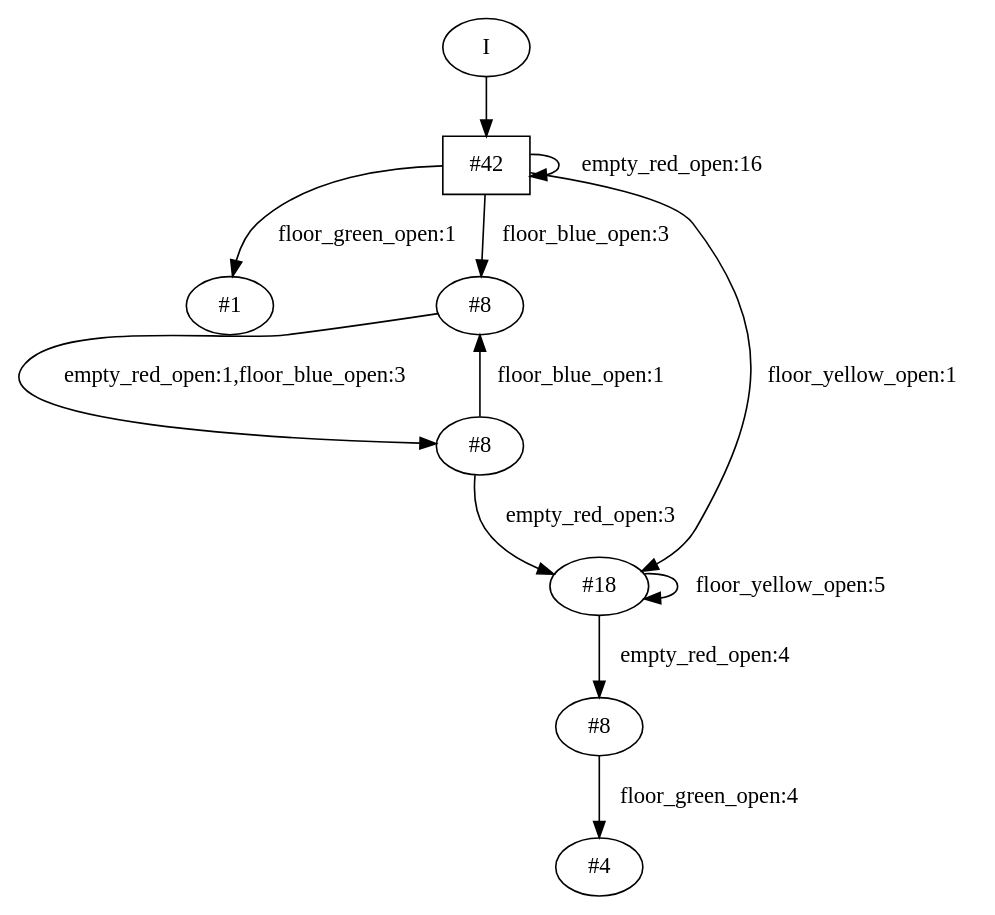
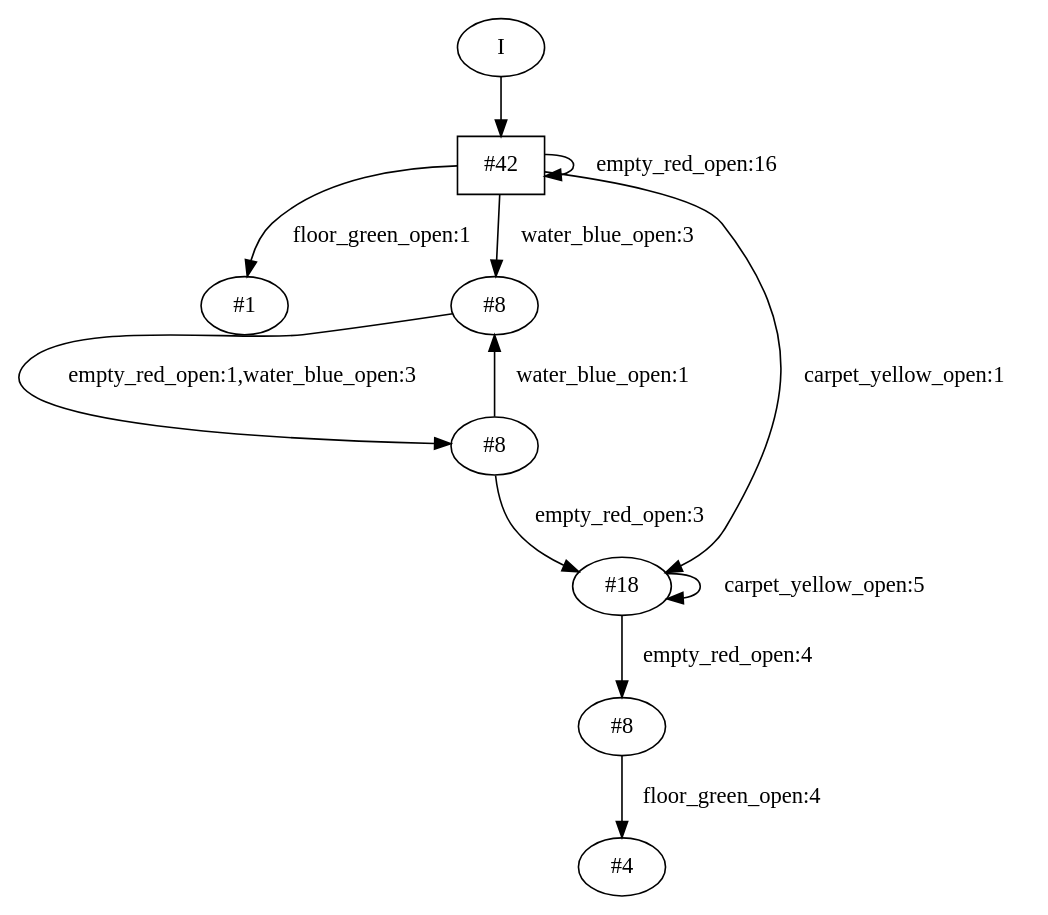
The diagram in experiments/seshia_paper_reproduction/flexfringe_data/dfafinal.dot (nicholasRenninger/wombats_experiments), drawn with Graphviz before and after one commit. The commit also changed 128 other files, not shown here.

```diff
--- a/experiments/seshia_paper_reproduction/flexfringe_data/dfafinal.dot
+++ b/experiments/seshia_paper_reproduction/flexfringe_data/dfafinal.dot
@@ -1,23 +1,23 @@
 // produced with flexfringe from git commitd1cf04ada0831d0605a3651971ef9a02091d8823
-// dfasat/flexfringe -h=kldistance -d=kl_data -n=1 -x=0 -w=0 -a=0 -b=1 -f=1 -I=0 -t=1 -l=0 -q=0 -y=0 -p=0.5 --output-dir=experiments/seshia_paper_reproduction/flexfringe_data/dfa /Users/nicholasrenninger/Google Drive/Grad School/specification learning/code/DPFA_DTS_product_experiment/dfasatInvestigations/experiments/seshia_paper_reproduction/flexfringe_data/seshia_paper_reproduction_train 
+// dfasat/flexfringe -h=kldistance -d=kl_data -n=1 -x=0 -w=0 -b=1 -f=0 -I=0 -t=1 -l=0 -q=0 -y=0 -p=0.6 --output-dir=experiments/seshia_paper_reproduction/flexfringe_data/dfa /Users/nicholasrenninger/Google Drive/Grad School/specification learning/code/DPFA_DTS_product_experiment/dfasatInvestigations/experiments/seshia_paper_reproduction/flexfringe_data/seshia_paper_reproduction_train 
 digraph DFA {
 	0 [label="root" shape=box];
 		I -> 0;
 	0 [ label="#42"  ];
 		0 -> 0 [label="empty_red_open:16"  ];
 		0 -> 7 [label="floor_green_open:1"  ];
-		0 -> 11 [label="floor_blue_open:3"  ];
-		0 -> 13 [label="floor_yellow_open:1"  ];
+		0 -> 11 [label="water_blue_open:3"  ];
+		0 -> 13 [label="carpet_yellow_open:1"  ];
 	7 [ label="#1"  ];
 	11 [ label="#8"  ];
-		11 -> 12 [label="empty_red_open:1,floor_blue_open:3"  ];
+		11 -> 12 [label="empty_red_open:1,water_blue_open:3"  ];
 	12 [ label="#8"  ];
-		12 -> 11 [label="floor_blue_open:1"  ];
+		12 -> 11 [label="water_blue_open:1"  ];
 		12 -> 13 [label="empty_red_open:3"  ];
 	13 [ label="#18"  ];
 		13 -> 9 [label="empty_red_open:4"  ];
-		13 -> 13 [label="floor_yellow_open:5"  ];
+		13 -> 13 [label="carpet_yellow_open:5"  ];
 	9 [ label="#8"  ];
 		9 -> 10 [label="floor_green_open:4"  ];
 	10 [ label="#4"  ];
 }
```
